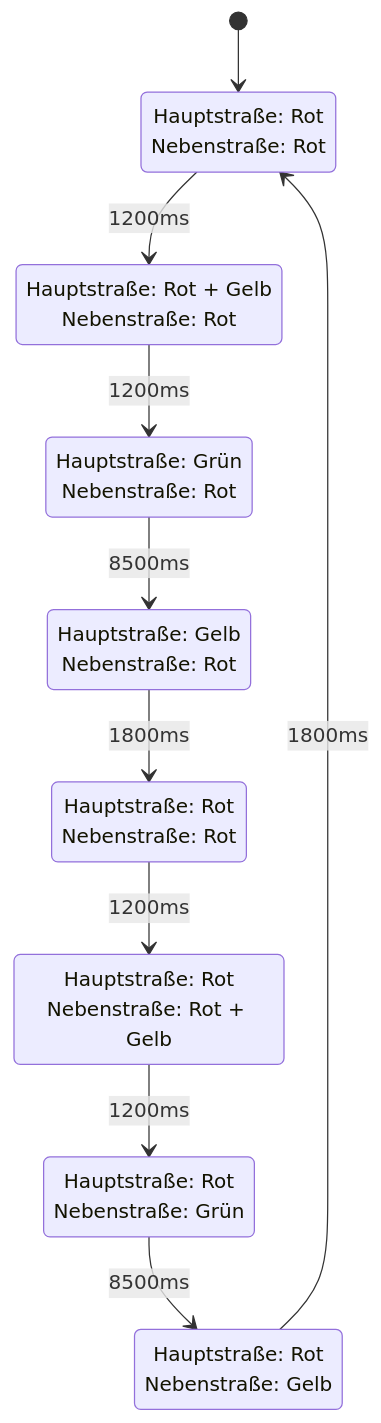
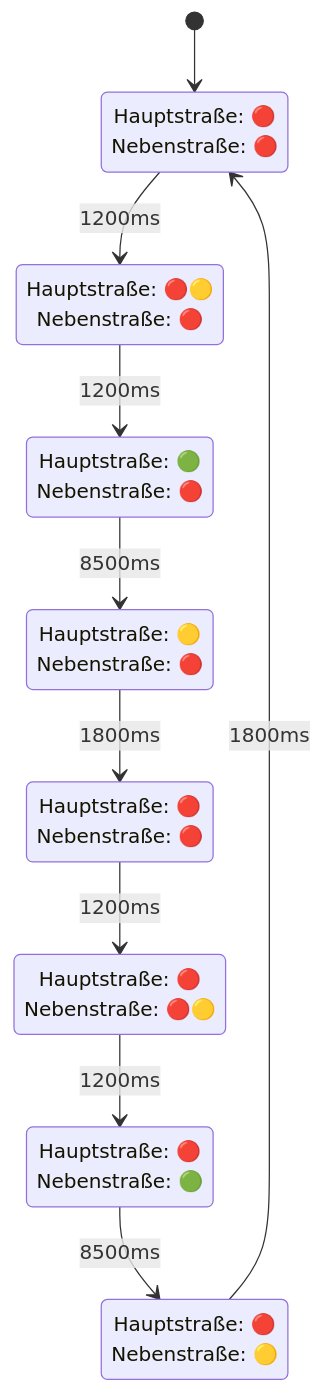
Before and after one commit to wago-enterprise-education/exponat-ampelsteuerung: the diagram in src/python/vsc-ext-v0.2/exercise1_io_mapping/README.md, drawn with Mermaid. The commit also changed 2 other files, not shown here.

Commit message:
Update state diagrams in README files to use emoji for traffic light colors

````diff
--- a/src/python/vsc-ext-v0.2/exercise1_io_mapping/README.md
+++ b/src/python/vsc-ext-v0.2/exercise1_io_mapping/README.md
@@ -25,28 +25,28 @@
 ```mermaid
 stateDiagram-v2
     [*] --> AllRot1
     
-    AllRot1: Hauptstraße: Rot<br/>Nebenstraße: Rot
+    AllRot1: Hauptstraße: 🔴<br/>Nebenstraße: 🔴
     AllRot1 --> HauptRotGelb: 1200ms
     
-    HauptRotGelb: Hauptstraße: Rot + Gelb<br/>Nebenstraße: Rot
+    HauptRotGelb: Hauptstraße: 🔴🟡<br/>Nebenstraße: 🔴
     HauptRotGelb --> HauptGrün: 1200ms
     
-    HauptGrün: Hauptstraße: Grün<br/>Nebenstraße: Rot
+    HauptGrün: Hauptstraße: 🟢<br/>Nebenstraße: 🔴
     HauptGrün --> HauptGelb: 8500ms
     
-    HauptGelb: Hauptstraße: Gelb<br/>Nebenstraße: Rot
+    HauptGelb: Hauptstraße: 🟡<br/>Nebenstraße: 🔴
     HauptGelb --> AllRot2: 1800ms
     
-    AllRot2: Hauptstraße: Rot<br/>Nebenstraße: Rot
+    AllRot2: Hauptstraße: 🔴<br/>Nebenstraße: 🔴
     AllRot2 --> NebenRotGelb: 1200ms
     
-    NebenRotGelb: Hauptstraße: Rot<br/>Nebenstraße: Rot + Gelb
+    NebenRotGelb: Hauptstraße: 🔴<br/>Nebenstraße: 🔴🟡
     NebenRotGelb --> NebenGrün: 1200ms
     
-    NebenGrün: Hauptstraße: Rot<br/>Nebenstraße: Grün
+    NebenGrün: Hauptstraße: 🔴<br/>Nebenstraße: 🟢
     NebenGrün --> NebenGelb: 8500ms
     
-    NebenGelb: Hauptstraße: Rot<br/>Nebenstraße: Gelb
+    NebenGelb: Hauptstraße: 🔴<br/>Nebenstraße: 🟡
     NebenGelb --> AllRot1: 1800ms
 ```
````
